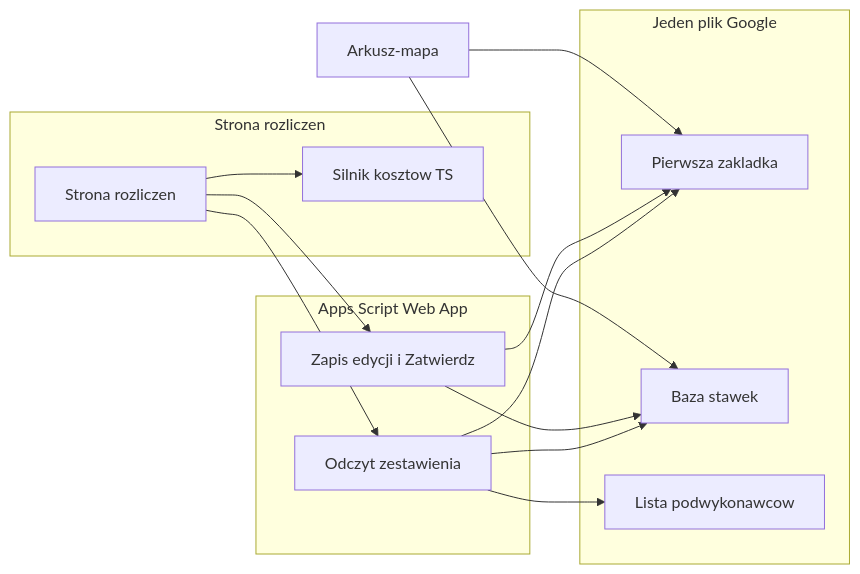
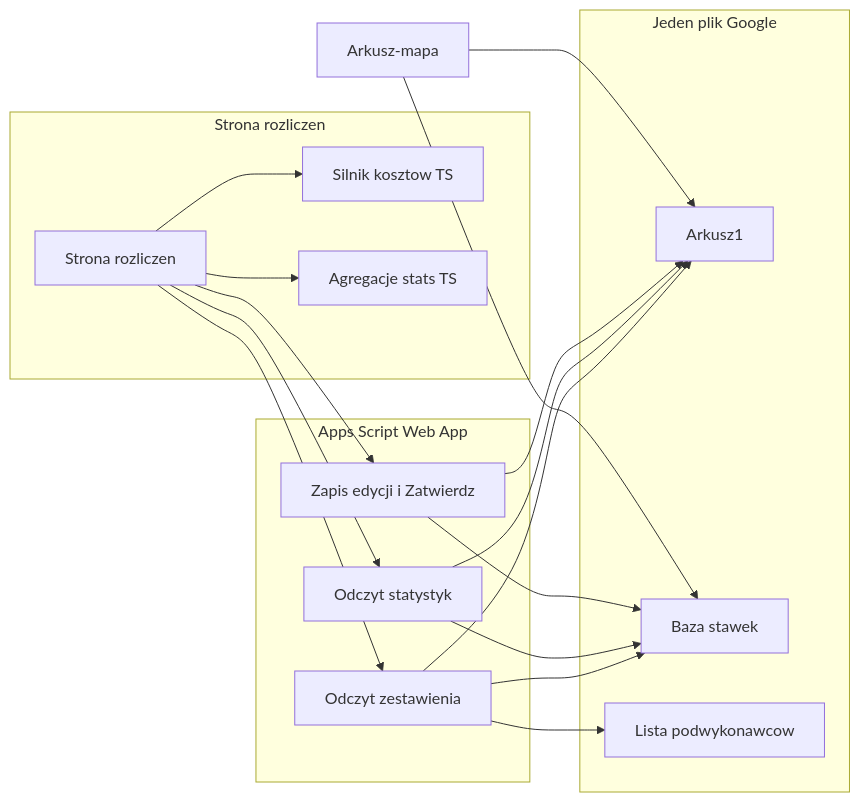
One commit to Zotrek/rozliczenia changed the diagram in docs/ARCHITECTURE.md. Above: the diagram before and after it, drawn with Mermaid. The commit also changed other lines of this file and 10 other files, not shown here.

````diff
--- a/docs/ARCHITECTURE.md
+++ b/docs/ARCHITECTURE.md
@@ -38,27 +38,33 @@
 ```mermaid
 flowchart LR
   subgraph app [Strona rozliczen]
     App[Strona rozliczen]
     Engine[Silnik kosztow TS]
+    Stats[Agregacje stats TS]
   end
   subgraph gas [Apps Script Web App]
     Read[Odczyt zestawienia]
+    StatsRead[Odczyt statystyk]
     Write[Zapis edycji i Zatwierdz]
   end
   subgraph sheet [Jeden plik Google]
-    Rejestr[Pierwsza zakladka]
+    Rejestr[Arkusz1]
     Stawki[Baza stawek]
     Lista[Lista podwykonawcow]
   end
   Mapa[Arkusz-mapa]
   App --> Engine
+  App --> Stats
   App --> Read
+  App --> StatsRead
   App --> Write
   Read --> Rejestr
   Read --> Stawki
   Read --> Lista
+  StatsRead --> Rejestr
+  StatsRead --> Stawki
   Write --> Rejestr
   Write --> Stawki
   Mapa --> Rejestr
   Mapa --> Stawki
 ```
````
